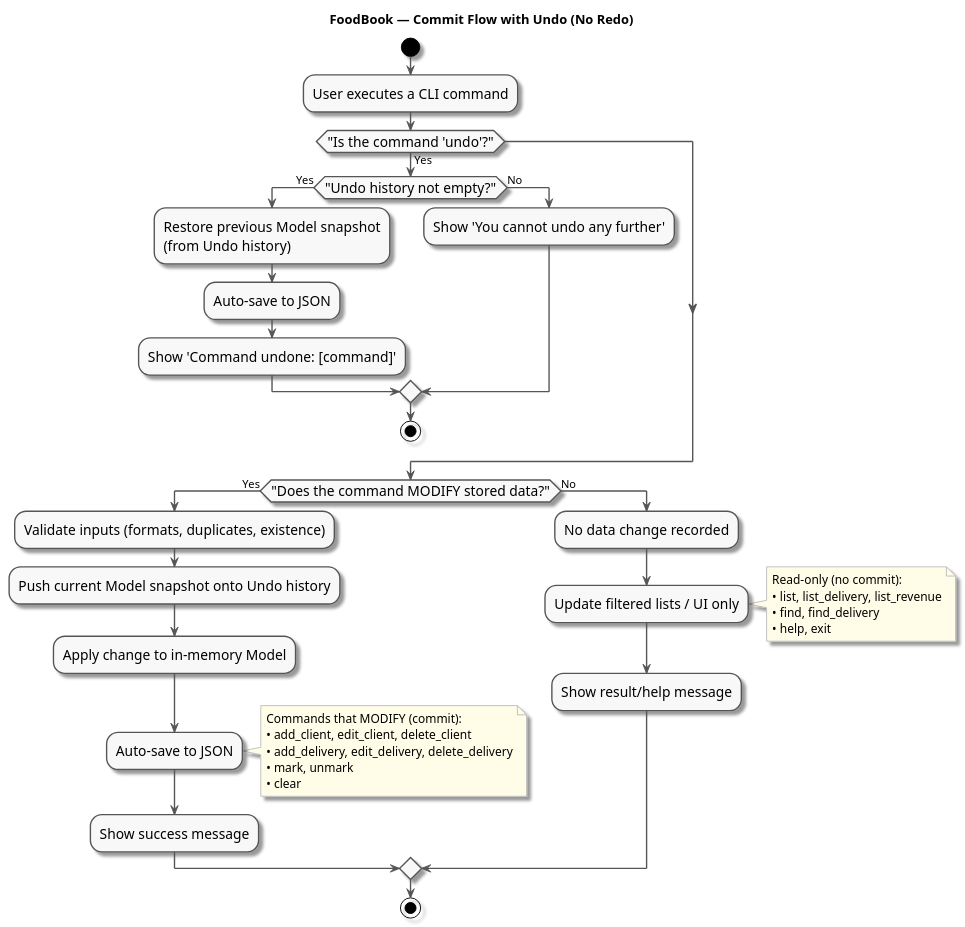
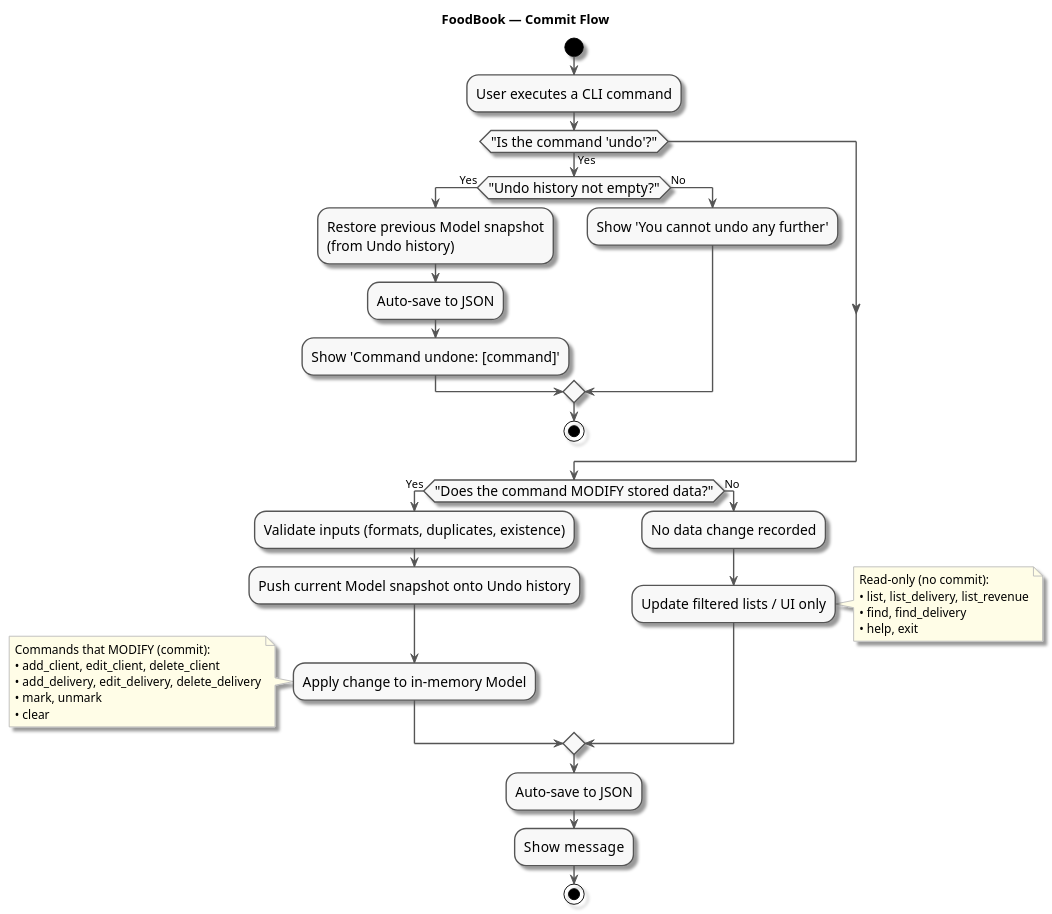
One commit to AY2526S1-CS2103T-F14a-1/tp changed the diagram in diagrams/CommitActivityDiagram.puml. Above: the diagram before and after it, drawn with PlantUML. The commit also changed 46 other files, not shown here.

```diff
--- a/diagrams/CommitActivityDiagram.puml
+++ b/diagrams/CommitActivityDiagram.puml
@@ -1,54 +1,52 @@
 @startuml
 skin rose
 skinparam ActivityFontSize 15
 skinparam ArrowFontSize 12
 skinparam ActivityBorderColor #555555
 skinparam ActivityBackgroundColor #f8f8f8
 skinparam ArrowColor #555555
 skinparam NoteBackgroundColor #fffde7
 skinparam NoteBorderColor #bdbdbd
-title FoodBook — Commit Flow with Undo (No Redo)
+title FoodBook — Commit Flow
 
 start
 :User executes a CLI command;
 
 ' 1) Handle UNDO explicitly (no Redo feature in app)
 if ("Is the command 'undo'?") then (Yes)
   if ("Undo history not empty?") then (Yes)
     :Restore previous Model snapshot\n(from Undo history);
     :Auto-save to JSON;
     :Show 'Command undone: [command]';
   else (No)
     :Show 'You cannot undo any further';
   endif
   stop
 endif
 
 ' 2) For non-undo commands, check if they modify data
 if ("Does the command MODIFY stored data?") then (Yes)
   :Validate inputs (formats, duplicates, existence);
   :Push current Model snapshot onto Undo history;
   :Apply change to in-memory Model;
-  :Auto-save to JSON;
-  note right
+  note left
     Commands that MODIFY (commit):
     • add_client, edit_client, delete_client
     • add_delivery, edit_delivery, delete_delivery
     • mark, unmark
     • clear
   end note
-  :Show success message;
 else (No)
   :No data change recorded;
   :Update filtered lists / UI only;
   note right
     Read-only (no commit):
     • list, list_delivery, list_revenue
     • find, find_delivery
     • help, exit
   end note
-  :Show result/help message;
 endif
-
+:Auto-save to JSON;
+:Show  message;
 stop
 @enduml
```
